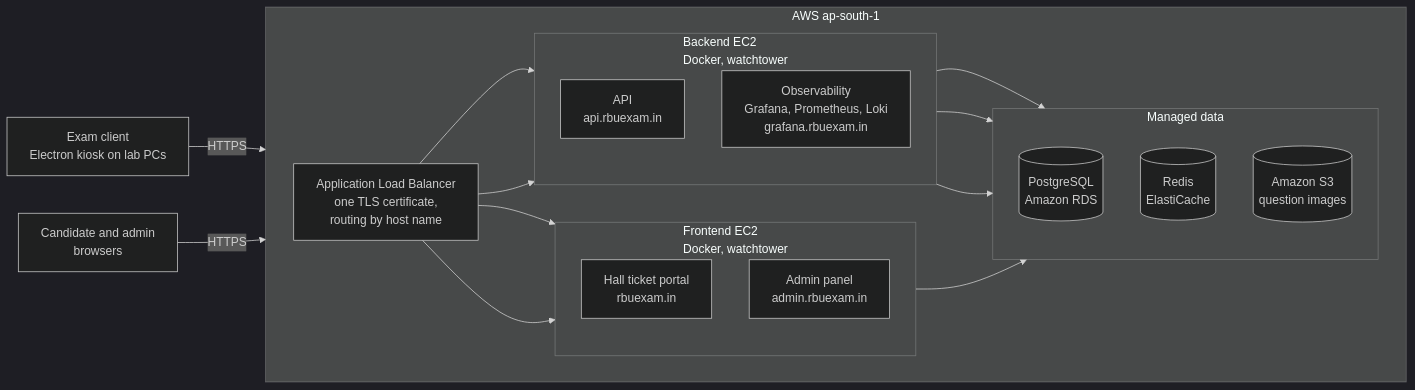
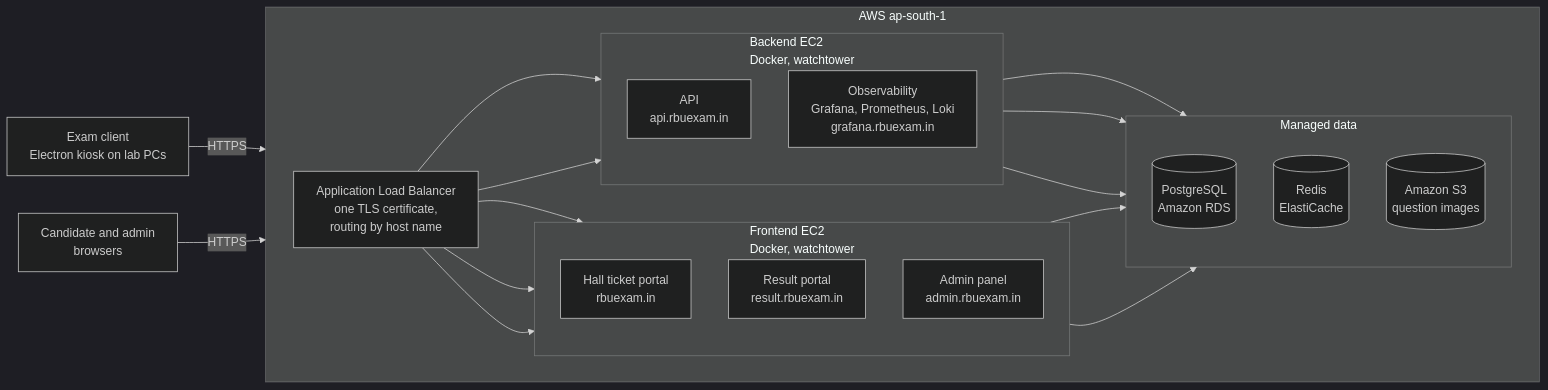
The first of 2 diagrams in .github/README.md (MasterBhuvnesh/WCL), drawn with Mermaid (dark theme) before and after one commit. The commit also changed other lines of this file and 3 other files, not shown here.

````diff
--- a/.github/README.md
+++ b/.github/README.md
@@ -54,38 +78,41 @@
 ```mermaid
 flowchart LR
     K["Exam client<br/>Electron kiosk on lab PCs"] -->|HTTPS| LB
     B["Candidate and admin<br/>browsers"] -->|HTTPS| LB
 
     subgraph AWS["AWS ap-south-1"]
         direction LR
         LB["Application Load Balancer<br/>one TLS certificate,<br/>routing by host name"]
 
         subgraph FE["Frontend EC2<br/>Docker, watchtower"]
             direction TB
             HT["Hall ticket portal<br/>rbuexam.in"]
+            RS["Result portal<br/>result.rbuexam.in"]
             AD["Admin panel<br/>admin.rbuexam.in"]
         end
 
         subgraph BE["Backend EC2<br/>Docker, watchtower"]
             direction TB
             API["API<br/>api.rbuexam.in"]
             OBS["Observability<br/>Grafana, Prometheus, Loki<br/>grafana.rbuexam.in"]
         end
 
         subgraph DATA["Managed data"]
             direction TB
             PG[("PostgreSQL<br/>Amazon RDS")]
             RD[("Redis<br/>ElastiCache")]
             S3[("Amazon S3<br/>question images")]
         end
 
         LB --> HT
+        LB --> RS
         LB --> AD
         LB --> API
         LB --> OBS
         API --> PG
         API --> RD
         API --> S3
         HT --> PG
+        RS --> PG
     end
 ```
````
